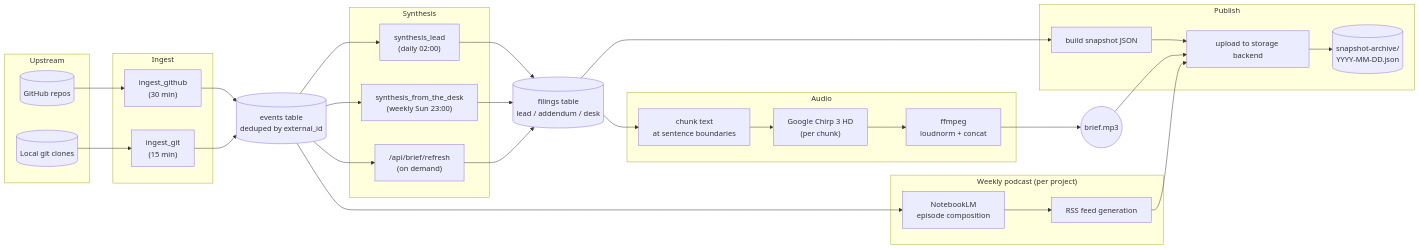
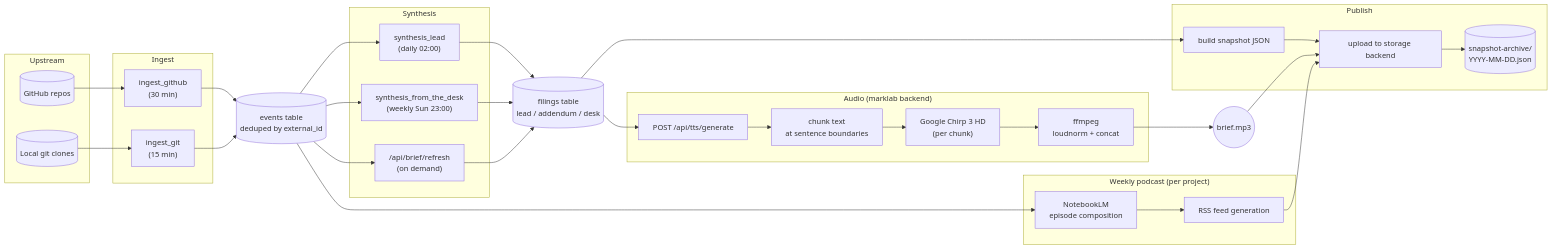
One commit to markdavidgan/dispatch changed the first of 6 diagrams in docs/architecture/DATA-FLOW.md. Above: the diagram before and after it, drawn with Mermaid. The commit also changed other lines of this file and 5 other files, not shown here.

First line of the commit message:
docs: update architecture for hybrid Vercel + marklab deployment

````diff
--- a/docs/architecture/DATA-FLOW.md
+++ b/docs/architecture/DATA-FLOW.md
@@ -9,51 +9,52 @@
 ```mermaid
 flowchart LR
     subgraph upstream["Upstream"]
         gh[("GitHub repos")]
         git[("Local git clones")]
     end
 
     subgraph ingest["Ingest"]
         ig["ingest_github<br/>(30 min)"]
         igit["ingest_git<br/>(15 min)"]
     end
 
     events[("events table<br/>deduped by external_id")]
 
     subgraph synth["Synthesis"]
         sl["synthesis_lead<br/>(daily 02:00)"]
         sd["synthesis_from_the_desk<br/>(weekly Sun 23:00)"]
         sr["/api/brief/refresh<br/>(on demand)"]
     end
 
     filings[("filings table<br/>lead / addendum / desk")]
 
-    subgraph audio["Audio"]
+    subgraph audio["Audio (marklab backend)"]
+        tts_api["POST /api/tts/generate"]
         chunk["chunk text<br/>at sentence boundaries"]
         gtts["Google Chirp 3 HD<br/>(per chunk)"]
         ffmpeg["ffmpeg<br/>loudnorm + concat"]
     end
 
     mp3(("brief.mp3"))
 
     subgraph publish["Publish"]
         snap["build snapshot JSON"]
         store["upload to storage backend"]
         archive[("snapshot-archive/<br/>YYYY-MM-DD.json")]
     end
 
     subgraph podcast["Weekly podcast (per project)"]
         nlm["NotebookLM<br/>episode composition"]
         rss["RSS feed generation"]
     end
 
     gh --> ig --> events
     git --> igit --> events
     events --> sl --> filings
     events --> sd --> filings
     events --> sr --> filings
-    filings --> chunk --> gtts --> ffmpeg --> mp3
+    filings --> tts_api --> chunk --> gtts --> ffmpeg --> mp3
     filings --> snap --> store --> archive
     mp3 --> store
     events --> nlm --> rss --> store
 ```
````
